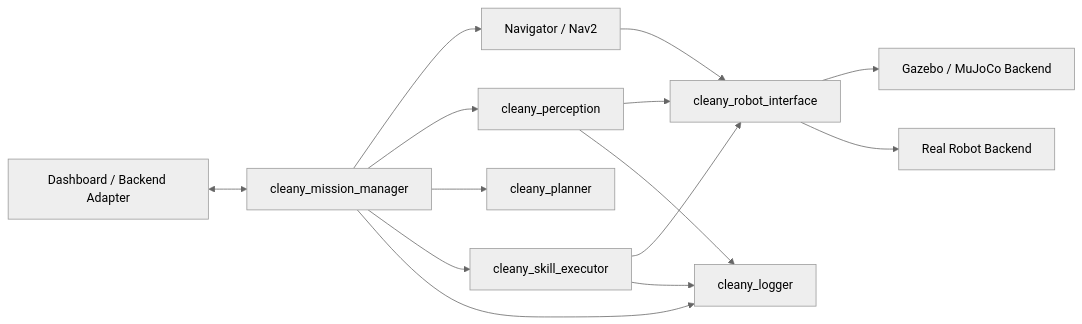
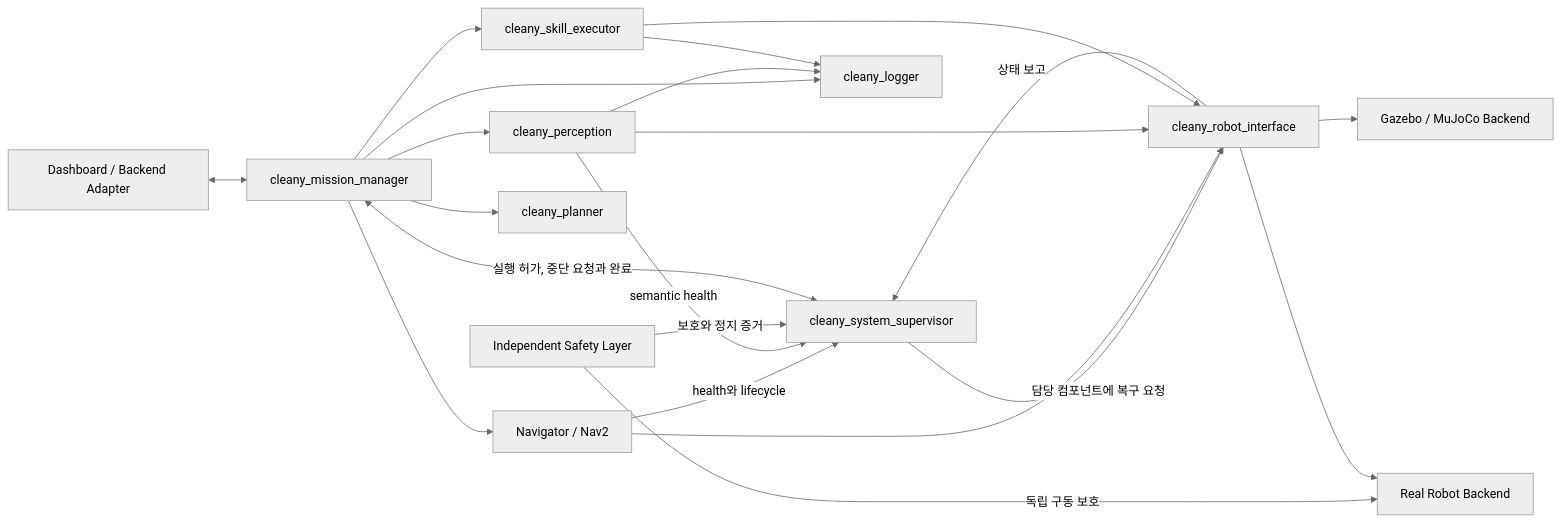
One commit to asm17-moving-agent/cleany-docs changed the diagram in 20_TECHNICAL/11 - ROS 2 Software Architecture.md. Above: the diagram before and after it, drawn with Mermaid (neutral theme). The commit also changed other lines of this file and 13 other files, not shown here.

Commit message:
docs: define system supervisor responsibilities and safety boundaries

````diff
--- a/20_TECHNICAL/11 - ROS 2 Software Architecture.md
+++ b/20_TECHNICAL/11 - ROS 2 Software Architecture.md
@@ -11,27 +11,36 @@
 ```mermaid
 flowchart LR
     external["Dashboard / Backend Adapter"]
     mission["cleany_mission_manager"]
+    supervisor["cleany_system_supervisor"]
+    safety["Independent Safety Layer"]
     nav["Navigator / Nav2"]
     perception["cleany_perception"]
     planner["cleany_planner"]
     skills["cleany_skill_executor"]
     interface["cleany_robot_interface"]
     sim["Gazebo / MuJoCo Backend"]
     real["Real Robot Backend"]
     logger["cleany_logger"]
 
     external <--> mission
+    supervisor <-->|실행 허가, 중단 요청과 완료| mission
+    nav -->|health와 lifecycle| supervisor
+    perception -->|semantic health| supervisor
+    interface -->|상태 보고| supervisor
+    supervisor -->|담당 컴포넌트에 복구 요청| interface
+    safety -->|보호와 정지 증거| supervisor
+    safety -->|독립 구동 보호| real
     mission --> nav
     mission --> perception
     mission --> planner
     mission --> skills
     nav --> interface
     perception --> interface
     skills --> interface
     interface --> sim
     interface --> real
     mission --> logger
     perception --> logger
     skills --> logger
 ```
````
